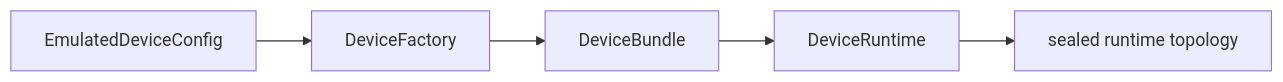
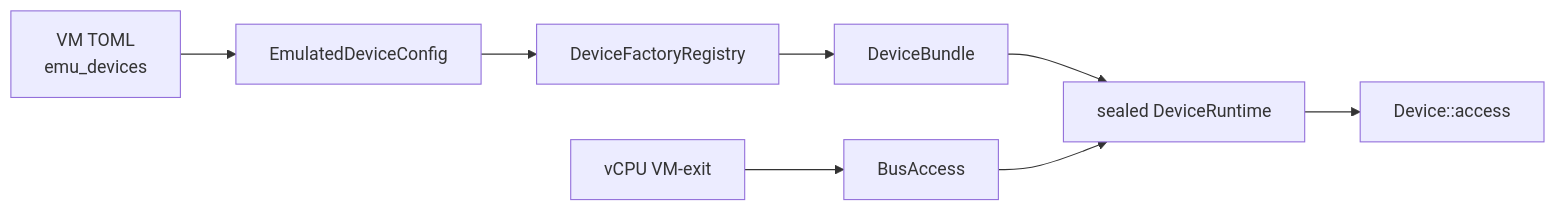
Before and after one commit to rcore-os/tgoskits: the second of 4 diagrams in docs/docs/architecture/axvisor/emulated-devices.md, drawn with Mermaid. The commit also changed other lines of this file, not shown here.

Commit message:
docs: rewrite emulated-devices page with code-grounded crate layout, runtime fields, and factory details

````diff
--- a/docs/docs/architecture/axvisor/emulated-devices.md
+++ b/docs/docs/architecture/axvisor/emulated-devices.md
@@ -18,13 +89,19 @@
 ```mermaid
 flowchart LR
+    Toml["VM TOML<br/>emu_devices"]
     Config["EmulatedDeviceConfig"]
-    Factory["DeviceFactory"]
+    Registry["DeviceFactoryRegistry"]
     Bundle["DeviceBundle"]
-    Runtime["DeviceRuntime"]
-    Topology["sealed runtime topology"]
+    Runtime["sealed DeviceRuntime"]
+    Exit["vCPU VM-exit"]
+    Access["BusAccess"]
+    Device["Device::access"]
 
-    Config --> Factory
-    Factory --> Bundle
+    Toml --> Config
+    Config --> Registry
+    Registry --> Bundle
     Bundle --> Runtime
-    Runtime --> Topology
+    Exit --> Access
+    Access --> Runtime
+    Runtime --> Device
 ```
````
